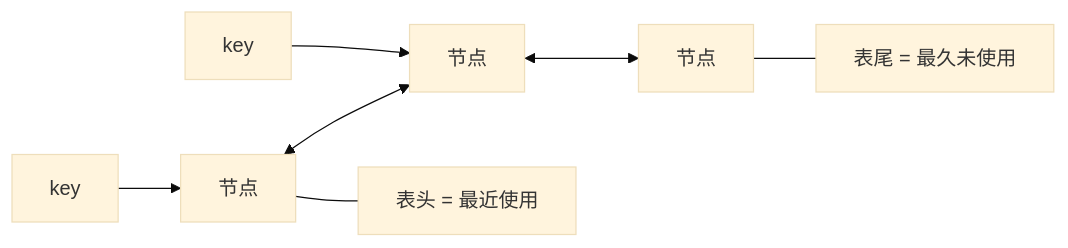
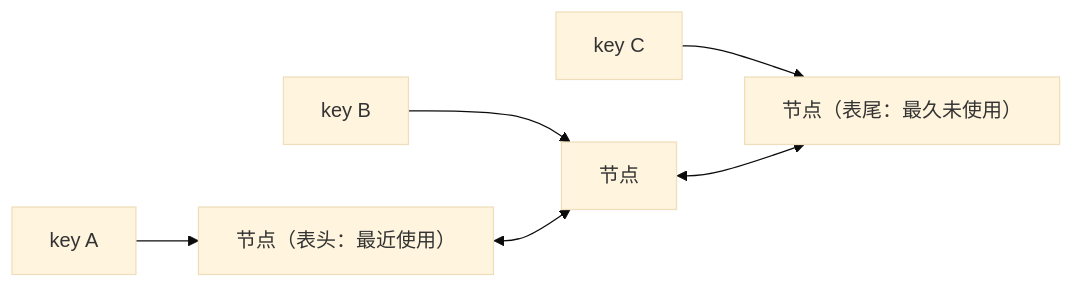
One commit to xiehanff/myblog changed the diagram in content/cs101/02-算法与数据结构/01-算法基础/05-哈希表.md. Above: the diagram before and after it, drawn with Mermaid (base theme). The commit also changed 16 other files, not shown here.

First line of the commit message:
docs: 替换旧图片为 Mermaid 图表并完善内容说明

````diff
--- a/content/cs101/02-算法与数据结构/01-算法基础/05-哈希表.md
+++ b/content/cs101/02-算法与数据结构/01-算法基础/05-哈希表.md
@@ -383,9 +383,8 @@
 ```mermaid
 flowchart LR
-  K1["key"] --> N1["节点"]
-  K2["key"] --> N2["节点"]
+  K1["key A"] --> N1["节点（表头：最近使用）"]
+  K2["key B"] --> N2["节点"]
+  K3["key C"] --> N3["节点（表尾：最久未使用）"]
   N1 <--> N2
-  N2 <--> N3["节点"]
-  N1 --- H["表头 = 最近使用"]
-  N3 --- T["表尾 = 最久未使用"]
+  N2 <--> N3
 ```
````
